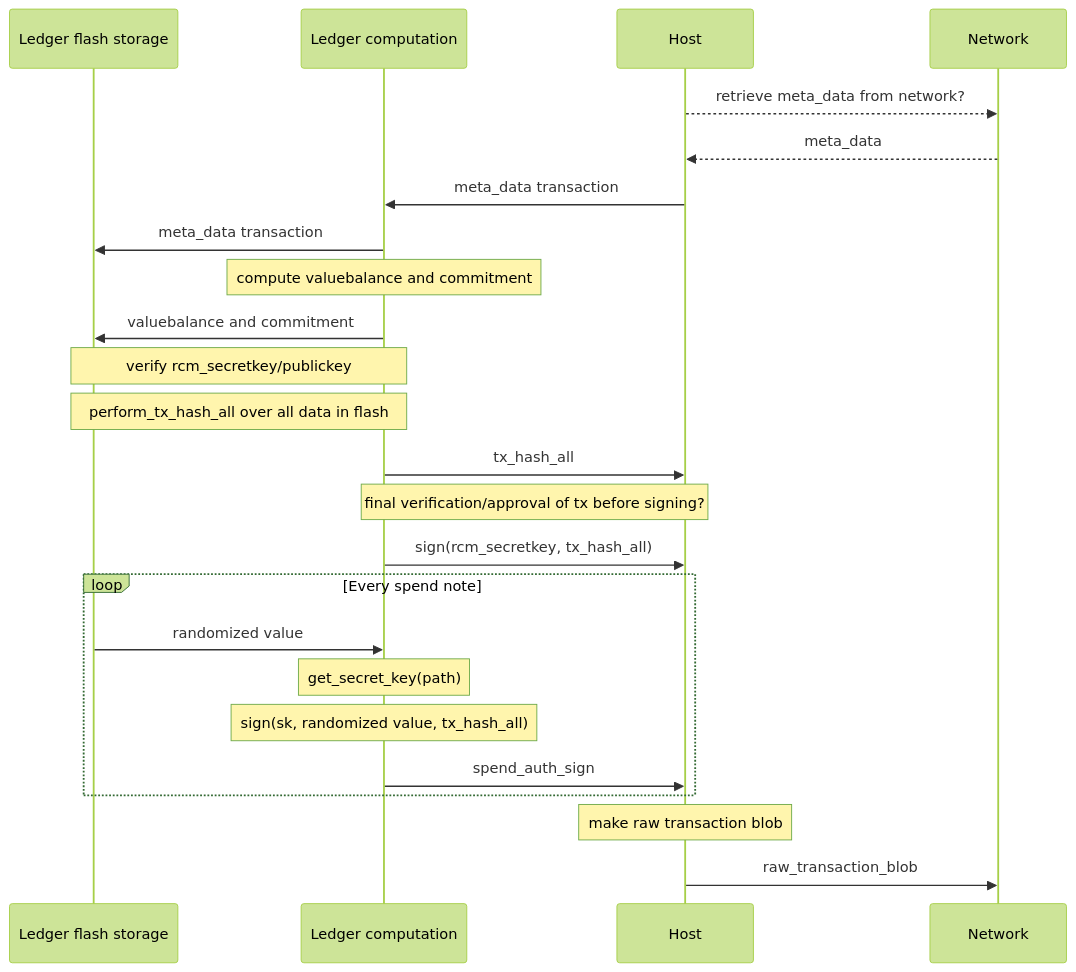
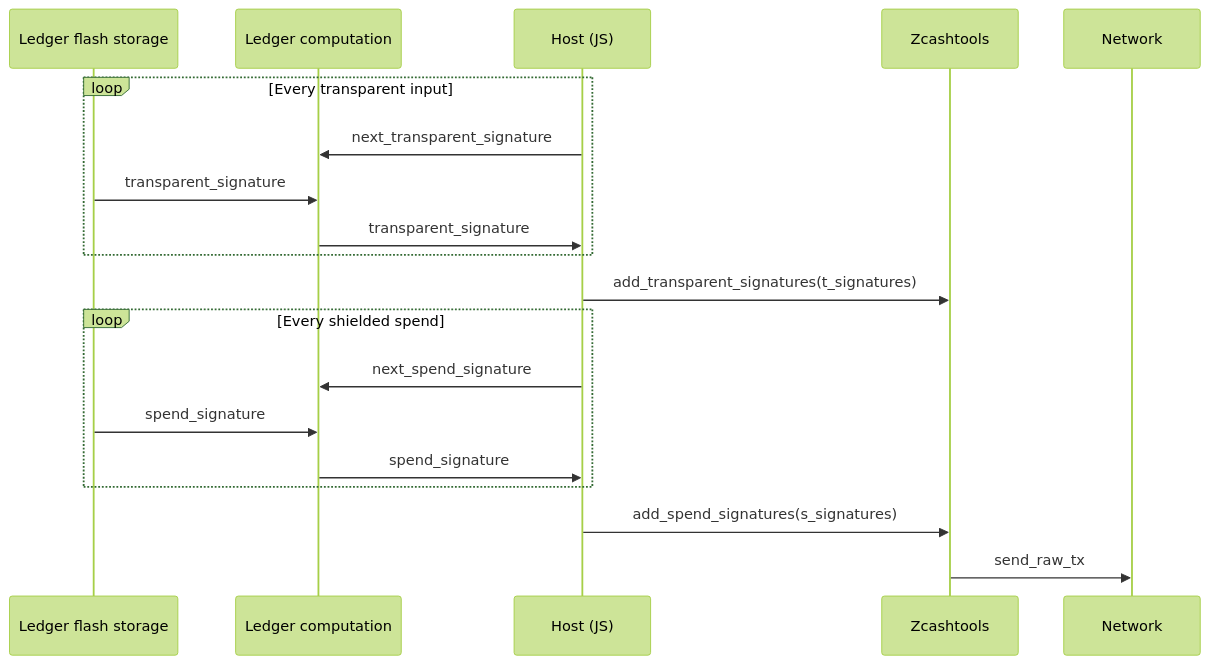
The sixth of 6 diagrams in docs/zcash_workflow.md (Zondax/ledger-zcash), drawn with Mermaid (forest theme) before and after one commit. The commit also changed other lines of this file and 7 other files, not shown here.

````diff
--- a/docs/zcash_workflow.md
+++ b/docs/zcash_workflow.md
@@ -165,35 +188,25 @@
-  ```mermaid
+```mermaid
   sequenceDiagram
   participant LF as Ledger flash storage
   participant LC as Ledger computation 
-  participant H as Host
+  participant H as Host (JS)
+  participant Z as Zcashtools
   participant N as Network
   
-  H -->> N: retrieve meta_data from network?
-  N -->> H: meta_data
+  loop Every transparent input
+  H ->> LC: next_transparent_signature
+  LF ->> LC: transparent_signature
+  LC ->> H: transparent_signature
+  end
+  H ->> Z: add_transparent_signatures(t_signatures)
 
-  H ->> LC: meta_data transaction
-  LC ->> LF: meta_data transaction
+  loop Every shielded spend
+  H ->> LC: next_spend_signature
+  LF ->> LC: spend_signature
+  LC ->> H: spend_signature
+  end
+  H ->> Z: add_spend_signatures(s_signatures)
 
-  Note over LC: compute valuebalance and commitment
-  LC ->> LF: valuebalance and commitment
-  Note over LF,LC: verify rcm_secretkey/publickey
-
-  Note over LF,LC: perform_tx_hash_all over all data in flash
-
-  LC ->> H: tx_hash_all
-
-  Note over LC,H: final verification/approval of tx before signing?
-
-  LC ->> H: sign(rcm_secretkey, tx_hash_all)
-  loop Every spend note
-  LF ->> LC: randomized value
-  Note over LC: get_secret_key(path)
-  Note over LC: sign(sk, randomized value, tx_hash_all)
-  LC ->> H: spend_auth_sign
-  end
-
-  Note over H: make raw transaction blob
-  H ->> N: raw_transaction_blob
+  Z ->> N: send_raw_tx
 
 ```
````
